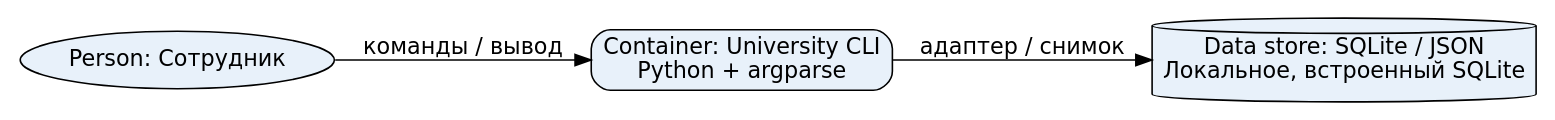
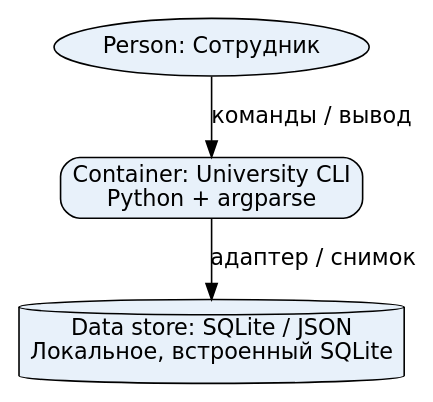
Before and after one commit to konstmalinin-maker/variant-5-modular: the diagram in docs/c4-containers.dot, drawn with Graphviz. The commit also changed 62 other files, not shown here.

```diff
--- a/docs/c4-containers.dot
+++ b/docs/c4-containers.dot
@@ -1,1 +1,1 @@
-digraph C4 { rankdir=LR; node [shape=box,style="rounded,filled",fillcolor="#e8f1fa",fontname="DejaVu Sans"]; edge [fontname="DejaVu Sans"]; user [label="Person: Сотрудник",shape=ellipse]; app [label="Container: University CLI\nPython + argparse"]; db [label="Data store: SQLite / JSON\nЛокальное, встроенный SQLite",shape=cylinder]; user -> app [label="команды / вывод"]; app -> db [label="адаптер / снимок"];}
+digraph C4 { rankdir=TB; node [shape=box,style="rounded,filled",fillcolor="#e8f1fa",fontname="DejaVu Sans"]; edge [fontname="DejaVu Sans"]; user [label="Person: Сотрудник",shape=ellipse]; app [label="Container: University CLI\nPython + argparse"]; db [label="Data store: SQLite / JSON\nЛокальное, встроенный SQLite",shape=cylinder]; user -> app [label="команды / вывод"]; app -> db [label="адаптер / снимок"];}
```
